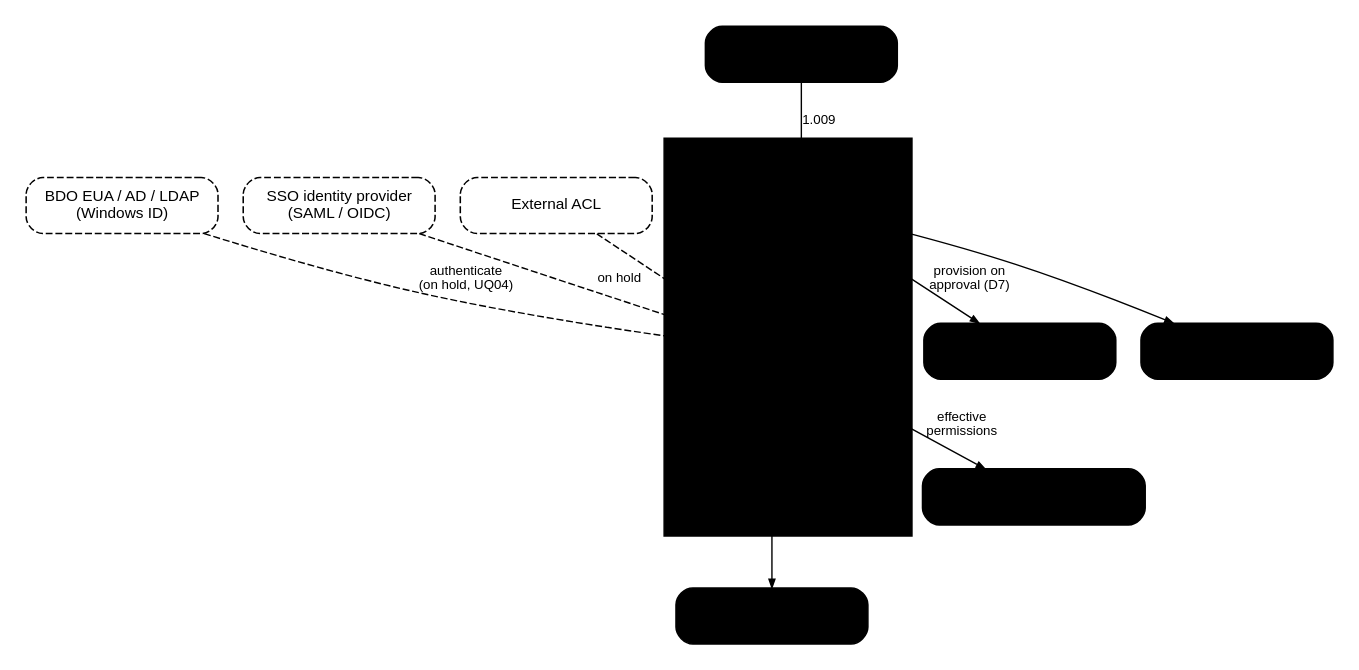
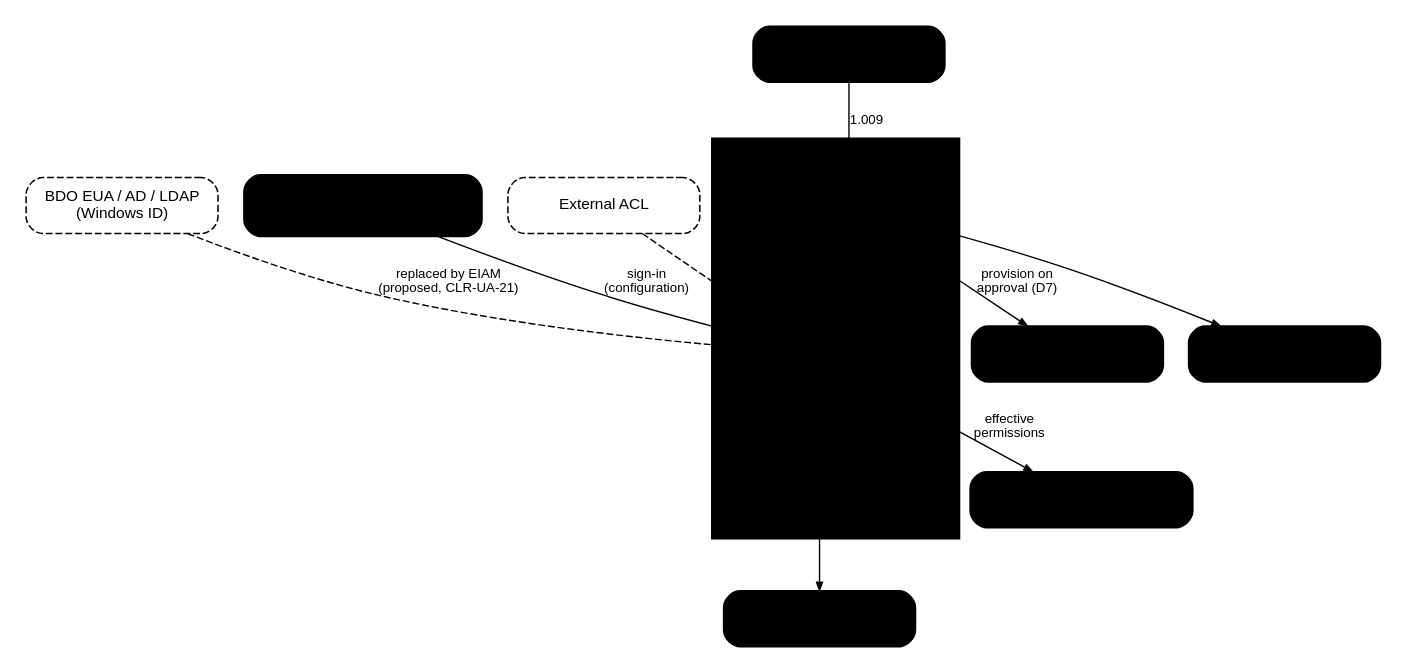
The diagram in docs/deliverables/src/BRD-11_User_Access_Maintenance/figures/brd11_integration.dot (IortaTexhNXT-DEV/FinVerse), drawn with Graphviz before and after one commit. The commit also changed 8 other files, not shown here.

Commit message:
BRD-11 User Access Maintenance sources v2.1: single sign-on through EIAM with OpenID Connect and SAML 2.0 stated in scope, matching by Windows ID or UPN and EIAM sign-out as proposed rules, clarifications CLR-UA-21 to 27 with the Drop 0 questions, test cases, user-story view and storyboard index

```diff
--- a/docs/deliverables/src/BRD-11_User_Access_Maintenance/figures/brd11_integration.dot
+++ b/docs/deliverables/src/BRD-11_User_Access_Maintenance/figures/brd11_integration.dot
@@ -1,34 +1,34 @@
-// BRD-11: interfaces of User Access Maintenance. FRS section 7. Dashed grey = parked seam.
+// BRD-11: interfaces of User Access Maintenance. FRS section 7. Dashed grey = on hold or proposed to be replaced.
 digraph ua_integration {
   graph [rankdir=TB, fontname="Arial", nodesep=0.25, ranksep=0.6, bgcolor="white", pad=0.15];
   node  [shape=box, style="rounded,filled", fillcolor="@WHITE", color="@HEADER_BLUE", penwidth=1.1,
          fontname="Arial", fontsize=11, fontcolor="@NEAR_BLACK", width=1.9, height=0.55];
   edge  [color="@MUTED", arrowsize=0.6, fontname="Arial", fontsize=9.5, fontcolor="@TEXT"];
 
   eua   [label="BDO EUA / AD / LDAP\n(Windows ID)", color="@MUTED", fontcolor="@MUTED", style="rounded,dashed"];
-  sso   [label="SSO identity provider\n(SAML / OIDC)", color="@MUTED", fontcolor="@MUTED", style="rounded,dashed"];
+  sso   [label="EIAM (Microsoft Entra ID)\nsingle sign-on: OpenID Connect\nor SAML 2.0"];
   acl   [label="External ACL", color="@MUTED", fontcolor="@MUTED", style="rounded,dashed"];
 
   subgraph cluster_uam {
     label="User Access Maintenance (BIBS)"; labeljust=l; fontcolor="@HEADER_BLUE"; fontsize=11;
     style=filled; fillcolor="@BG_BLUE"; color="@BG_BLUE";
     sec [label="Sign-in, users, roles,\npermissions (security)", fillcolor="@HEADER_BLUE", fontcolor="@WHITE"];
     req [label="Access requests,\napprovers, bulk (nbadmin)", fillcolor="@HEADER_BLUE", fontcolor="@WHITE"];
     log [label="Access-change log,\nsession log", fillcolor="@HEADER_BLUE", fontcolor="@WHITE"];
   }
   mods  [label="Every BIBS module\n(menus, screens, API checks)"];
   portal[label="Portal users (BRD-8)\nexternal user type"];
   notif [label="Notifications and\ne-mail"];
   rep   [label="Reports (Control\n& Audit)"];
   bulk  [label="Bulk upload\n(template file)"];
 
-  eua -> sec [label="authenticate\n(on hold, UQ04)", style=dashed, color="@MUTED", fontcolor="@MUTED"];
-  sso -> sec [label="on hold", style=dashed, color="@MUTED", fontcolor="@MUTED"];
+  eua -> sec [label="replaced by EIAM\n(proposed, CLR-UA-21)", style=dashed, color="@MUTED", fontcolor="@MUTED"];
+  sso -> sec [label="sign-in\n(configuration)"];
   acl -> sec [label="on hold (UQ14)", style=dashed, color="@MUTED", fontcolor="@MUTED"];
   bulk -> req [label="1.009"];
   req -> sec [label="apply approved\nchanges"];
   sec -> log;
   sec -> mods [label="effective\npermissions"];
   req -> portal [label="provision on\napproval (D7)"];
   req -> notif; log -> rep;
 }
```
